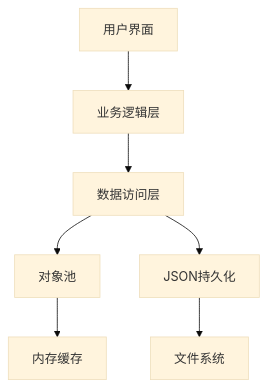
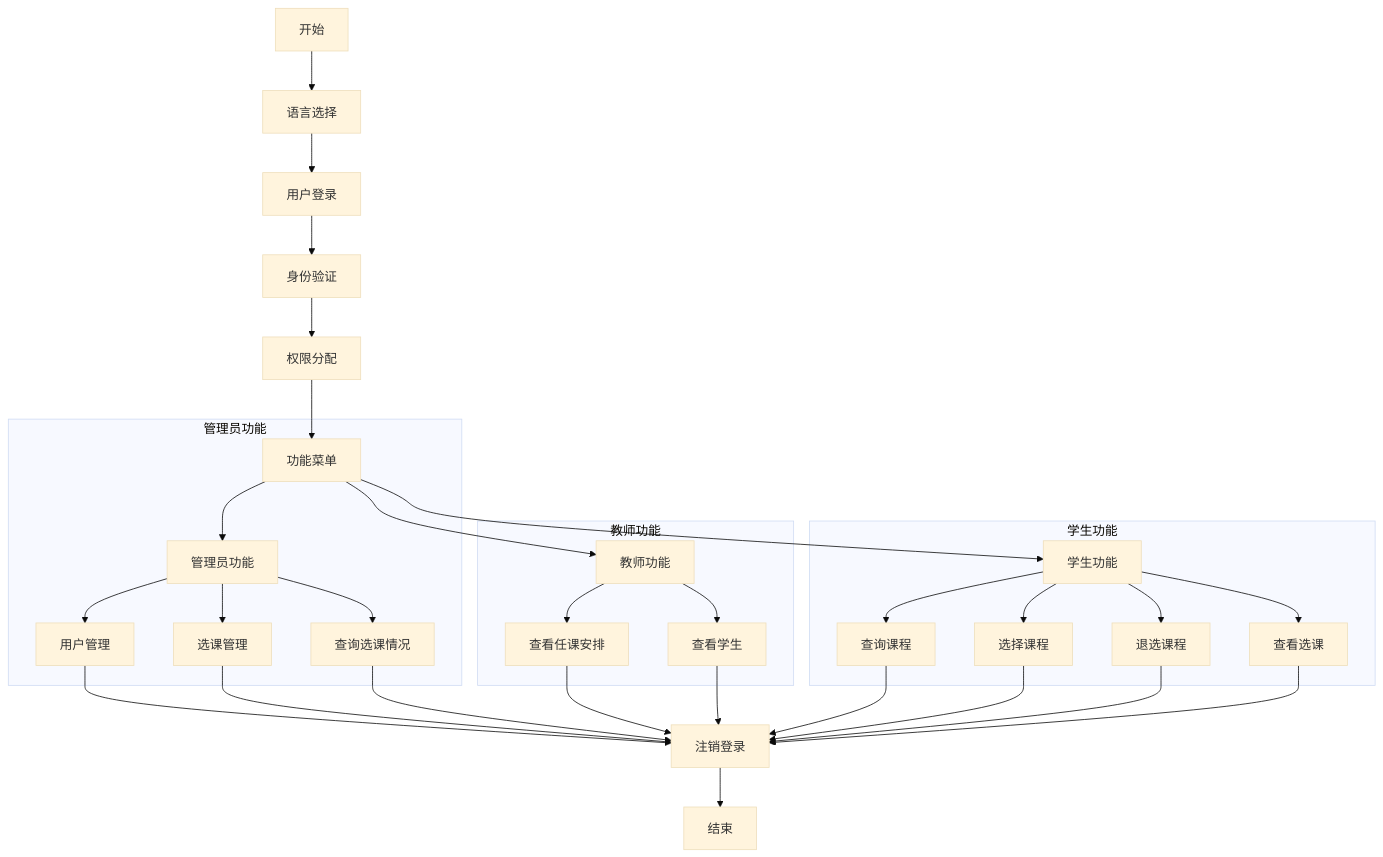
The first of 2 diagrams in docs/system_arch.md (zheshen30/Formal_Course-selection-management-system), drawn with Mermaid (base theme) before and after one commit. The commit also changed other lines of this file, not shown here.

````diff
--- a/docs/system_arch.md
+++ b/docs/system_arch.md
@@ -461,9 +55,43 @@
 ```mermaid
 graph TD
-    A[用户界面] --> B[业务逻辑层]
-    B --> C[数据访问层]
-    C --> D[对象池]
-    C --> E[JSON持久化]
-    D --> F[内存缓存]
-    E --> G[文件系统]
+    A[开始] -->  Z[语言选择]
+    Z --> B[用户登录]
+    B --> C[身份验证]
+    C --> D[权限分配]
+    D --> E[功能菜单]
+subgraph 管理员功能
+E --> F[管理员功能]
+
+F --> F1[用户管理]
+F --> F2[选课管理]
+F --> F3[查询选课情况]
+end
+
+subgraph 教师功能
+E --> G[教师功能]
+G --> G1[查看任课安排]
+G --> G2[查看学生]
+end
+
+subgraph 学生功能
+E --> H[学生功能]
+H --> H1[查询课程]
+H --> H2[选择课程]
+H --> H3[退选课程]
+H --> H4[查看选课]
+end
+
+F1 --> I[注销登录]
+F2 --> I
+F3 --> I
+G1 --> I
+G2 --> I
+H1 --> I
+H2 --> I
+H3 --> I
+H4 --> I
+
+I --> J[结束]
+    
+
 ```
````
